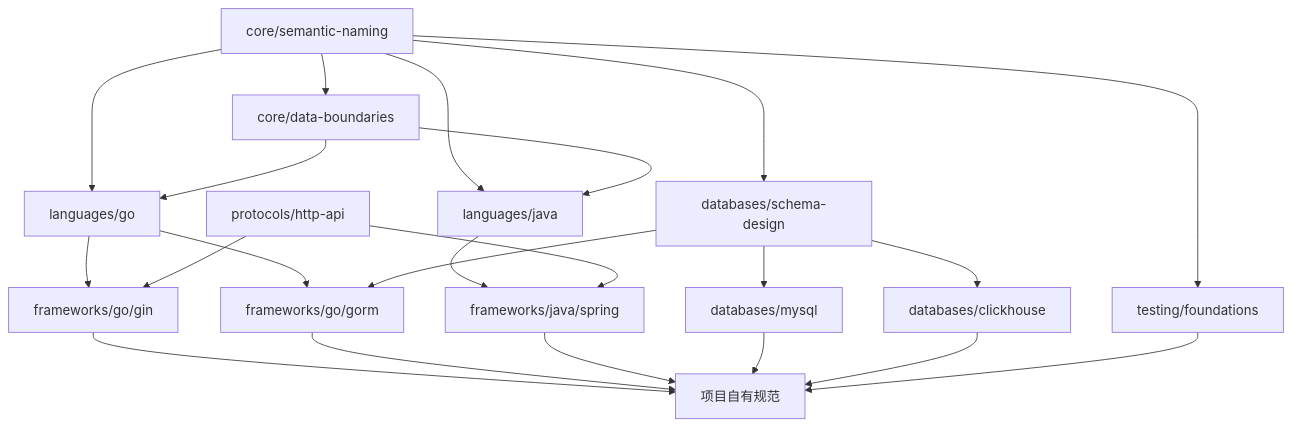
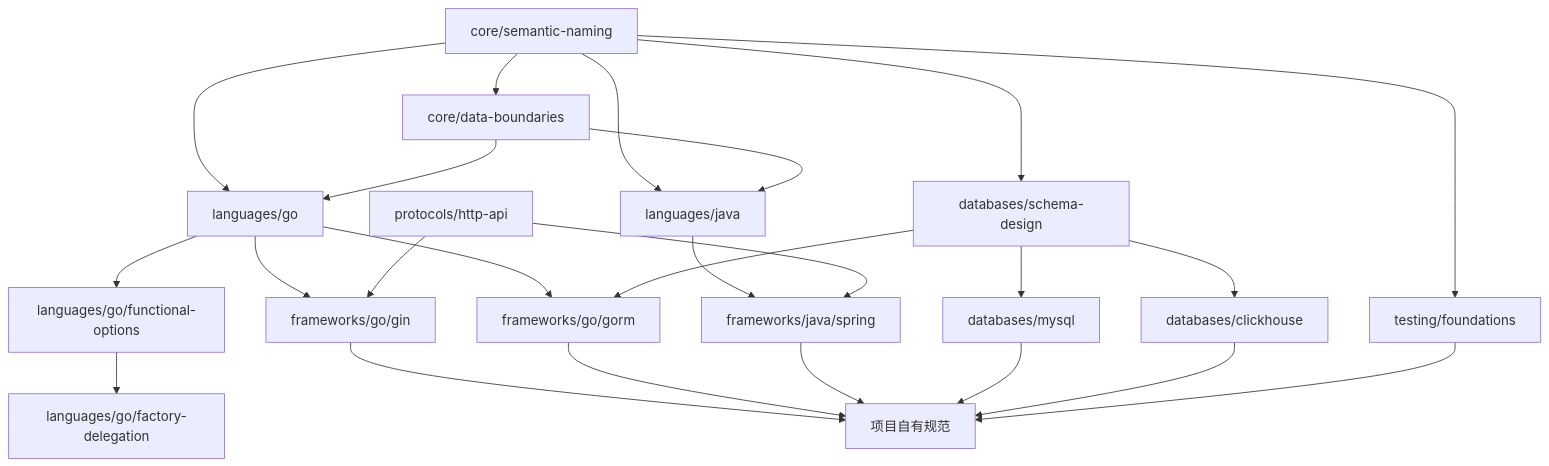
One commit to XiaoWeiKIN/EngineeringSpecifications changed the first of 4 diagrams in docs/specification-model.zh-CN.md. Above: the diagram before and after it, drawn with Mermaid. The commit also changed other lines of this file and 18 other files, not shown here.

````diff
--- a/docs/specification-model.zh-CN.md
+++ b/docs/specification-model.zh-CN.md
@@ -33,38 +33,42 @@
 ```mermaid
 flowchart TB
     Naming["core/semantic-naming"]
     Boundary["core/data-boundaries"]
     Go["languages/go"]
+    GoOptions["languages/go/functional-options"]
+    GoFactory["languages/go/factory-delegation"]
     Java["languages/java"]
     HTTP["protocols/http-api"]
     Gin["frameworks/go/gin"]
     Gorm["frameworks/go/gorm"]
     Spring["frameworks/java/spring"]
     Schema["databases/schema-design"]
     MySQL["databases/mysql"]
     ClickHouse["databases/clickhouse"]
     Testing["testing/foundations"]
     Project["项目自有规范"]
 
     Naming --> Boundary
     Naming --> Go
     Boundary --> Go
+    Go --> GoOptions
+    GoOptions --> GoFactory
     Naming --> Java
     Boundary --> Java
     Naming --> Schema
     Naming --> Testing
     Go --> Gin
     HTTP --> Gin
     Go --> Gorm
     Schema --> Gorm
     Java --> Spring
     HTTP --> Spring
     Schema --> MySQL
     Schema --> ClickHouse
     Gin --> Project
     Gorm --> Project
     Spring --> Project
     MySQL --> Project
     ClickHouse --> Project
     Testing --> Project
 ```
````
